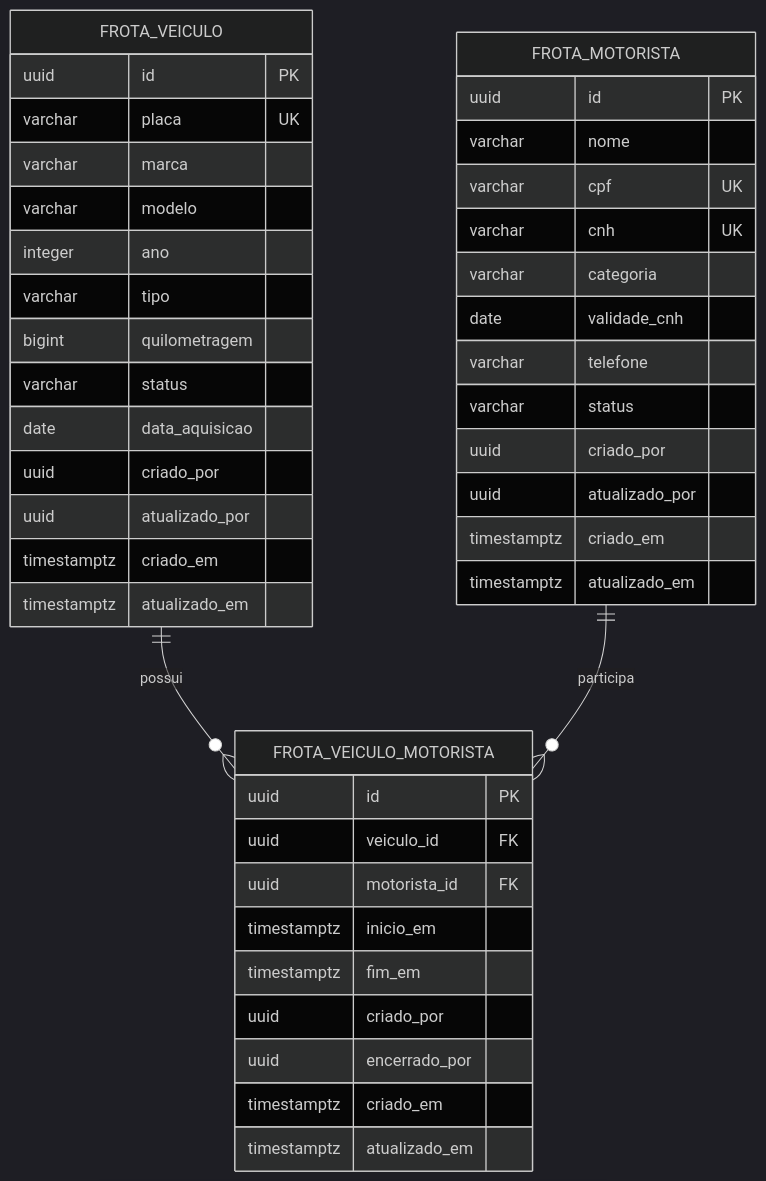
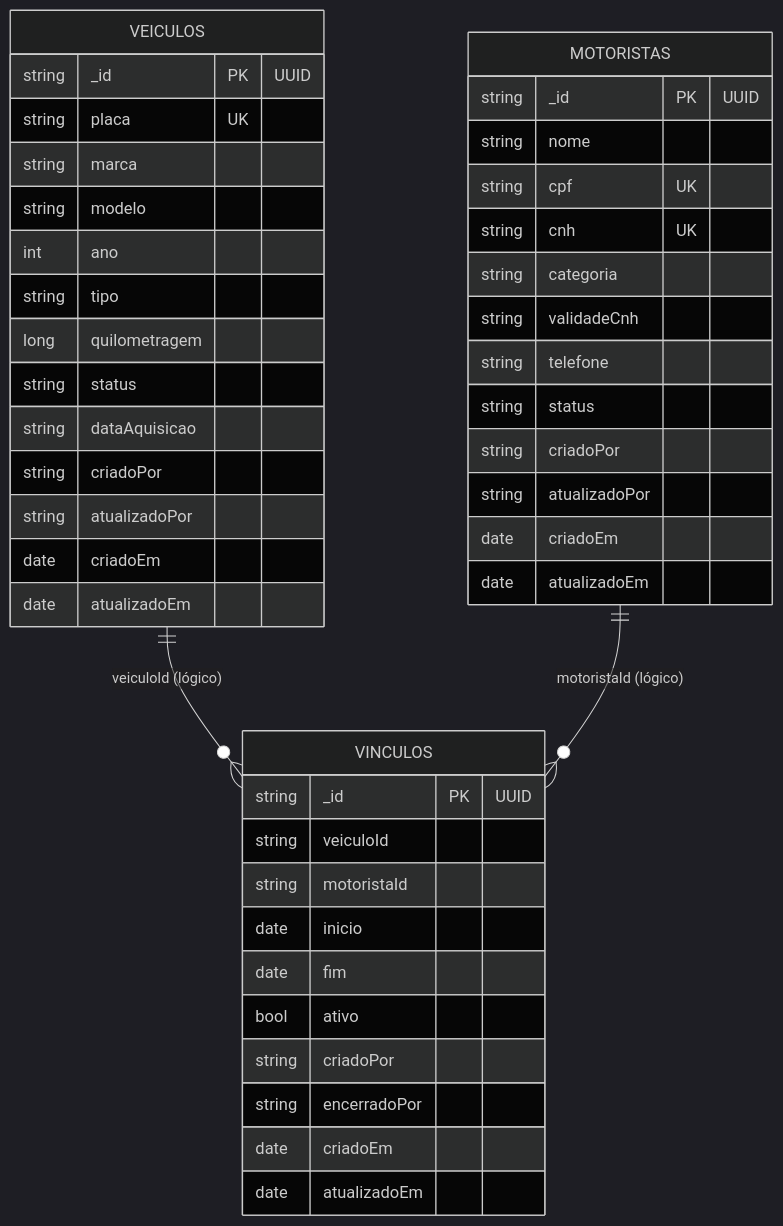
Before and after one commit to mateusblm/nexfleet: diagram 11 of 14 in docs/DIAGRAMAS-ARQUITETURA.md, drawn with Mermaid (dark theme). The commit also changed other lines of this file, not shown here.

Commit message:
Diagramas da v1.0.0: Frota no MongoDB, demais serviços no Azure SQL por schema e visão consolidada

````diff
--- a/docs/DIAGRAMAS-ARQUITETURA.md
+++ b/docs/DIAGRAMAS-ARQUITETURA.md
@@ -348,46 +379,47 @@
 ```mermaid
 erDiagram
-  FROTA_VEICULO ||--o{ FROTA_VEICULO_MOTORISTA : possui
-  FROTA_MOTORISTA ||--o{ FROTA_VEICULO_MOTORISTA : participa
+  VEICULOS ||--o{ VINCULOS : "veiculoId (lógico)"
+  MOTORISTAS ||--o{ VINCULOS : "motoristaId (lógico)"
 
-  FROTA_VEICULO {
-    uuid id PK
-    varchar placa UK
-    varchar marca
-    varchar modelo
-    integer ano
-    varchar tipo
-    bigint quilometragem
-    varchar status
-    date data_aquisicao
-    uuid criado_por
-    uuid atualizado_por
-    timestamptz criado_em
-    timestamptz atualizado_em
+  VEICULOS {
+    string _id PK "UUID"
+    string placa UK
+    string marca
+    string modelo
+    int ano
+    string tipo
+    long quilometragem
+    string status
+    string dataAquisicao
+    string criadoPor
+    string atualizadoPor
+    date criadoEm
+    date atualizadoEm
   }
-  FROTA_MOTORISTA {
-    uuid id PK
-    varchar nome
-    varchar cpf UK
-    varchar cnh UK
-    varchar categoria
-    date validade_cnh
-    varchar telefone
-    varchar status
-    uuid criado_por
-    uuid atualizado_por
-    timestamptz criado_em
-    timestamptz atualizado_em
+  MOTORISTAS {
+    string _id PK "UUID"
+    string nome
+    string cpf UK
+    string cnh UK
+    string categoria
+    string validadeCnh
+    string telefone
+    string status
+    string criadoPor
+    string atualizadoPor
+    date criadoEm
+    date atualizadoEm
   }
-  FROTA_VEICULO_MOTORISTA {
-    uuid id PK
-    uuid veiculo_id FK
-    uuid motorista_id FK
-    timestamptz inicio_em
-    timestamptz fim_em
-    uuid criado_por
-    uuid encerrado_por
-    timestamptz criado_em
-    timestamptz atualizado_em
+  VINCULOS {
+    string _id PK "UUID"
+    string veiculoId
+    string motoristaId
+    date inicio
+    date fim
+    bool ativo
+    string criadoPor
+    string encerradoPor
+    date criadoEm
+    date atualizadoEm
   }
 ```
````
